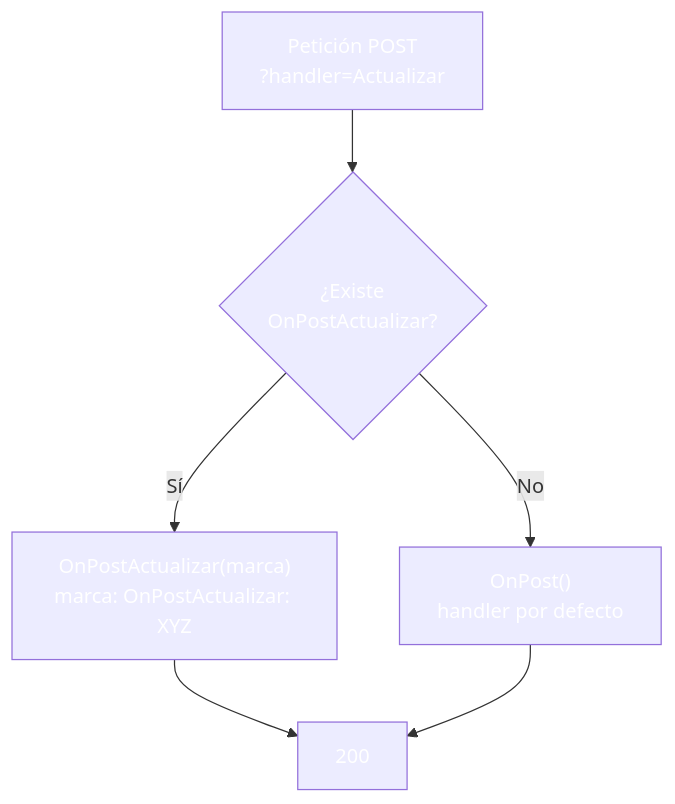
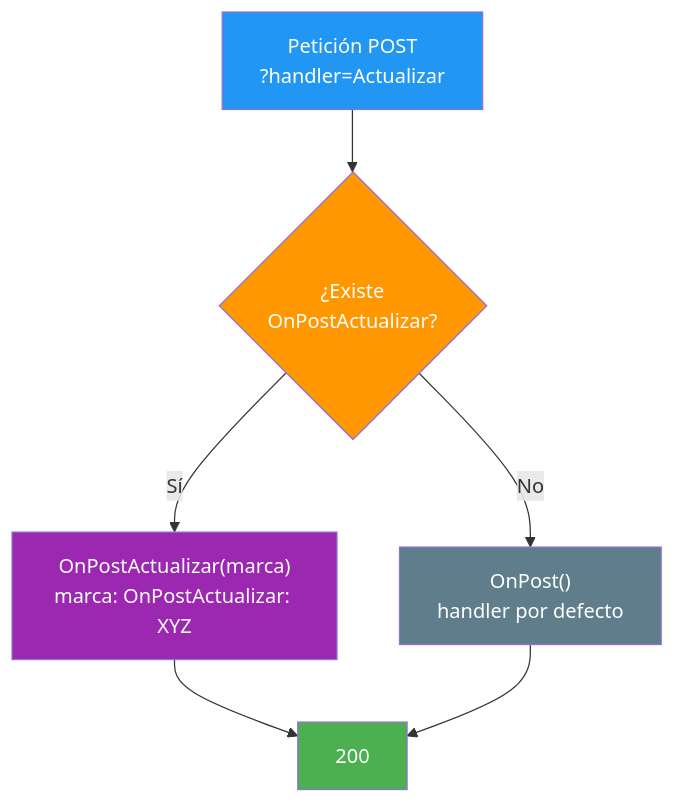
The fourth of 4 diagrams in 11-razorpages-pagemodel-handlers.md (joseluisgs/DesarrolloWebEntornosServidor-03-2026-2027), drawn with Mermaid before and after one commit. The commit also changed other lines of this file and 25 other files, not shown here.

Commit message:
docs: corregir los estilos Mermaid de los temas y alinear el dominio del tema 25 con ProductosApp

````diff
--- a/11-razorpages-pagemodel-handlers.md
+++ b/11-razorpages-pagemodel-handlers.md
@@ -281,13 +281,13 @@
 ```mermaid
 graph TD
     A["Petición POST<br/>?handler=Actualizar"] --> B{"¿Existe<br/>OnPostActualizar?"}
     B -->|Sí| C["OnPostActualizar(marca)<br/>marca: OnPostActualizar: XYZ"]
     B -->|No| D["OnPost()<br/>handler por defecto"]
     C --> E["200"]
     D --> E
-    style A fill:#2196F,color:#fff3,color:#fff
-    style B fill:#FF980,color:#fff0,color:#fff
-    style C fill:#9C27B,color:#fff0,color:#fff
-    style D fill:#607D8,color:#fffB,color:#fff
-    style E fill:#4CAF5,color:#fff0,color:#fff
+    style A fill:#2196F3,color:#fff
+    style B fill:#FF9800,color:#fff
+    style C fill:#9C27B0,color:#fff
+    style D fill:#607D8B,color:#fff
+    style E fill:#4CAF50,color:#fff
 ```
````
